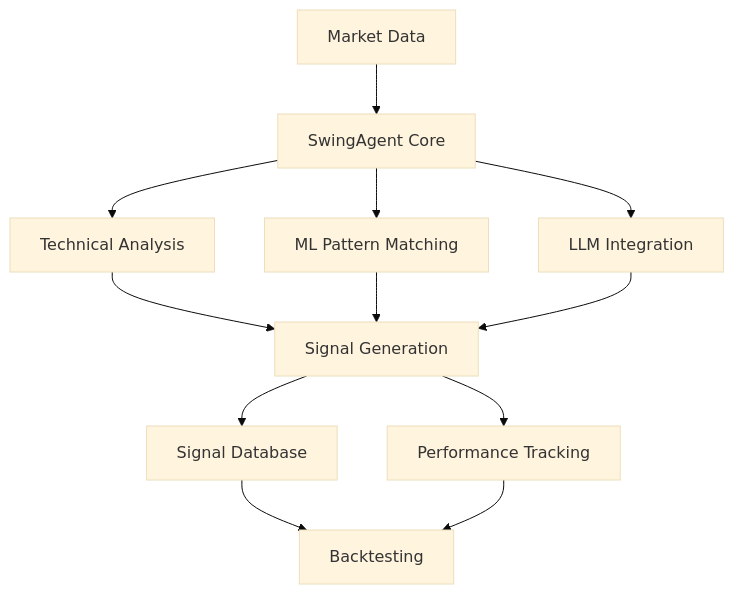
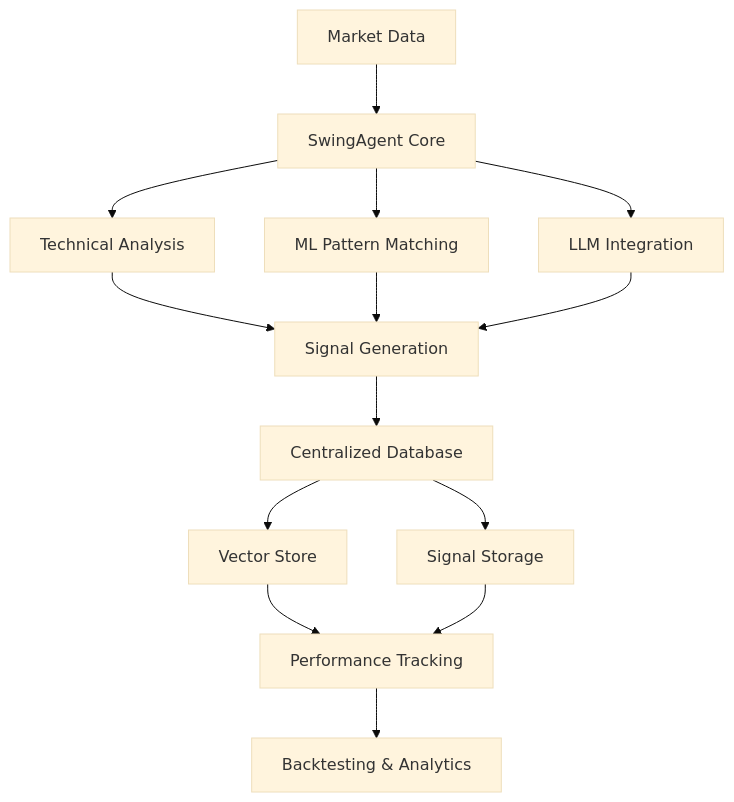
The first of 3 diagrams in docs/architecture.md (ITlusions/ITL.SwingAgent), drawn with Mermaid (base theme) before and after one commit. The commit also changed other lines of this file and 8 other files, not shown here.

Commit message:
Update core documentation for v1.6.1 centralized database architecture

````diff
--- a/docs/architecture.md
+++ b/docs/architecture.md
@@ -7,14 +7,16 @@
 ```mermaid
 graph TB
     A[Market Data] --> B[SwingAgent Core]
     B --> C[Technical Analysis]
     B --> D[ML Pattern Matching]
     B --> E[LLM Integration]
     C --> F[Signal Generation]
     D --> F
     E --> F
-    F --> G[Signal Database]
-    F --> H[Performance Tracking]
-    G --> I[Backtesting]
-    H --> I
+    F --> G[Centralized Database]
+    G --> H[Vector Store]
+    G --> I[Signal Storage]
+    H --> J[Performance Tracking]
+    I --> J
+    J --> K[Backtesting & Analytics]
 ```
````
